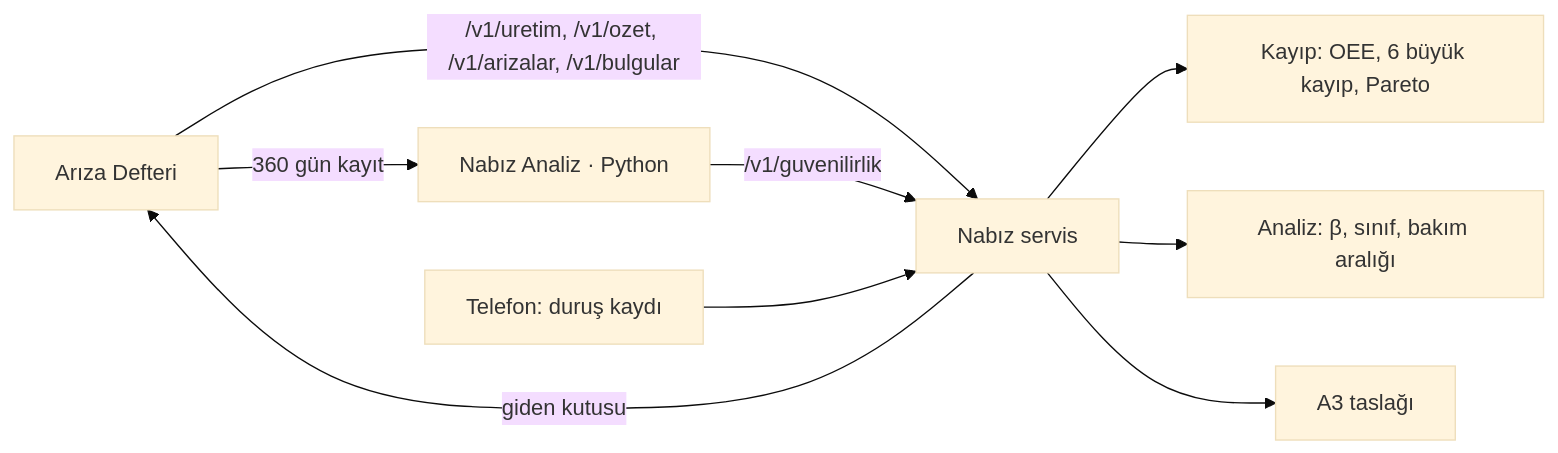
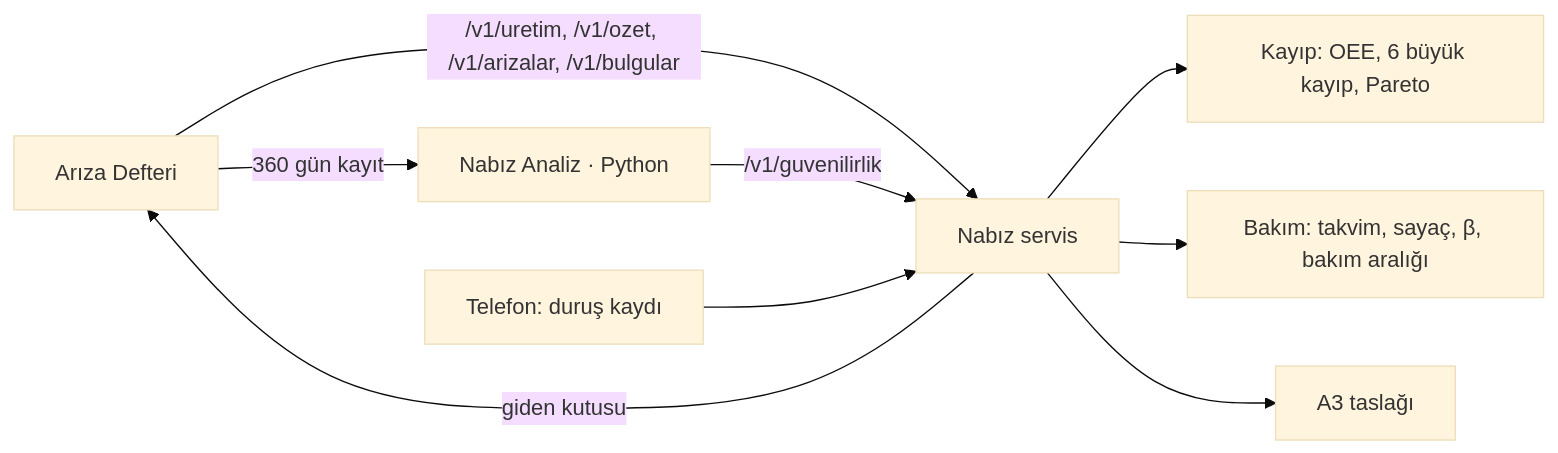
Before and after one commit to ysfdurak/nabiz: the second of 3 diagrams in docs/PROJE.md, drawn with Mermaid (base theme). The commit also changed other lines of this file and 44 other files, not shown here.

First line of the commit message:
V3: planlı bakım, sayaç, geciken bakım uyarısı ve otonom bakımın 7 adımı (#8)

````diff
--- a/docs/PROJE.md
+++ b/docs/PROJE.md
@@ -86,10 +86,10 @@
 ```mermaid
 flowchart LR
   AD[Arıza Defteri] -->|/v1/uretim, /v1/ozet, /v1/arizalar, /v1/bulgular| N[Nabız servis]
   AD -->|360 gün kayıt| NA[Nabız Analiz · Python]
   NA -->|/v1/guvenilirlik| N
   N --> K[Kayıp: OEE, 6 büyük kayıp, Pareto]
-  N --> G[Analiz: β, sınıf, bakım aralığı]
+  N --> G[Bakım: takvim, sayaç, β, bakım aralığı]
   N --> A3[A3 taslağı]
   T[Telefon: duruş kaydı] --> N -->|giden kutusu| AD
 ```
````
